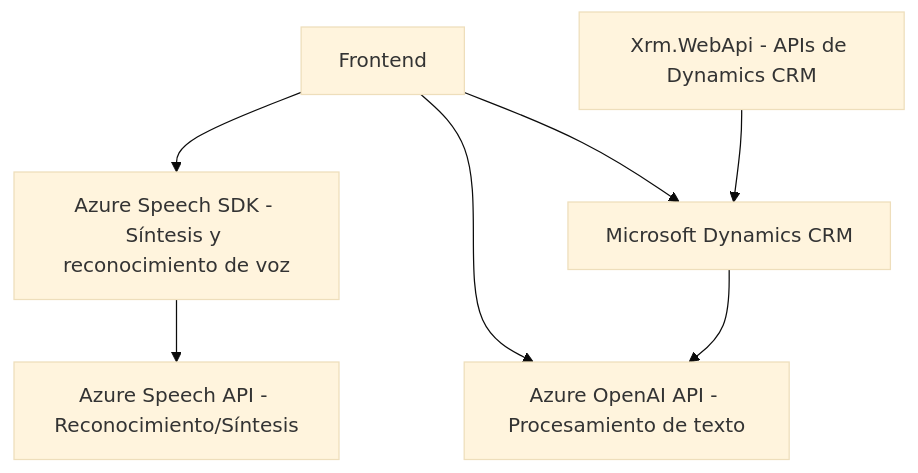
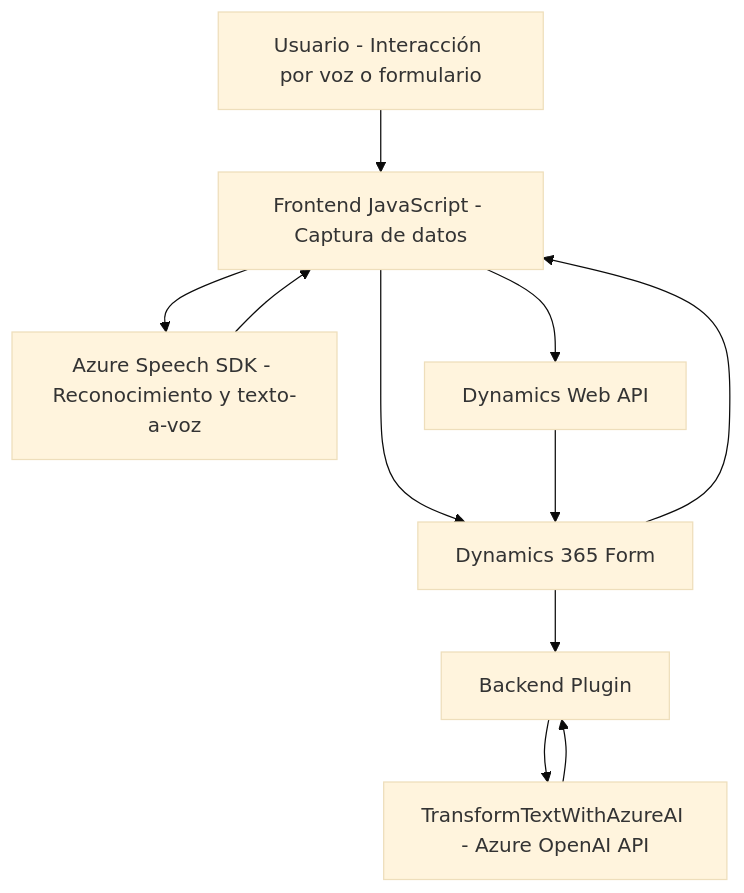
One commit to blopezdm/NETCORE_BILBAO2025 changed the diagram in README.md. Above: the diagram before and after it, drawn with Mermaid (base theme). The commit also changed other lines of this file, not shown here.

````diff
--- a/README.md
+++ b/README.md
@@ -41,16 +37,21 @@
 ```mermaid
 graph TD
-    A["Frontend"]
-    B["Azure Speech SDK - Síntesis y reconocimiento de voz"]
-    C["Microsoft Dynamics CRM"]
-    D["Azure Speech API - Reconocimiento/Síntesis"]
-    E["Azure OpenAI API - Procesamiento de texto"]
-    F["Xrm.WebApi - APIs de Dynamics CRM"]
+    A["Usuario - Interacción por voz o formulario"]
+    B["Frontend JavaScript - Captura de datos"]
+    C["Azure Speech SDK - Reconocimiento y texto-a-voz"]
+    D["Dynamics 365 Form"]
+    E["Backend Plugin"]
+    F["TransformTextWithAzureAI - Azure OpenAI API"]
+    G["Dynamics Web API"]
 
-    A-->B
-    B-->D
-    A-->C
-    A-->E
-    C-->E
-    F-->C
+    A --> B
+    B --> C
+    B --> D
+    B --> G
+    C --> B
+    D --> B
+    D --> E
+    E --> F
+    F --> E
+    G --> D
 ```
````
